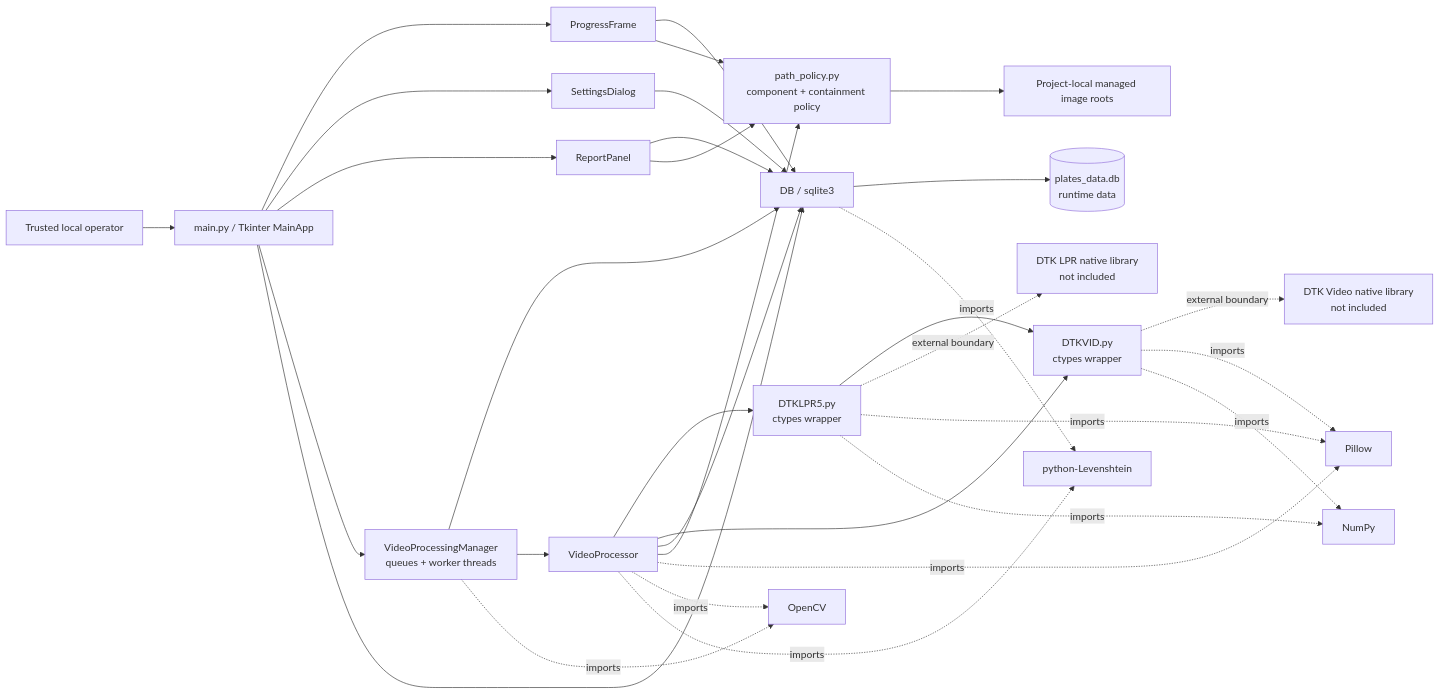
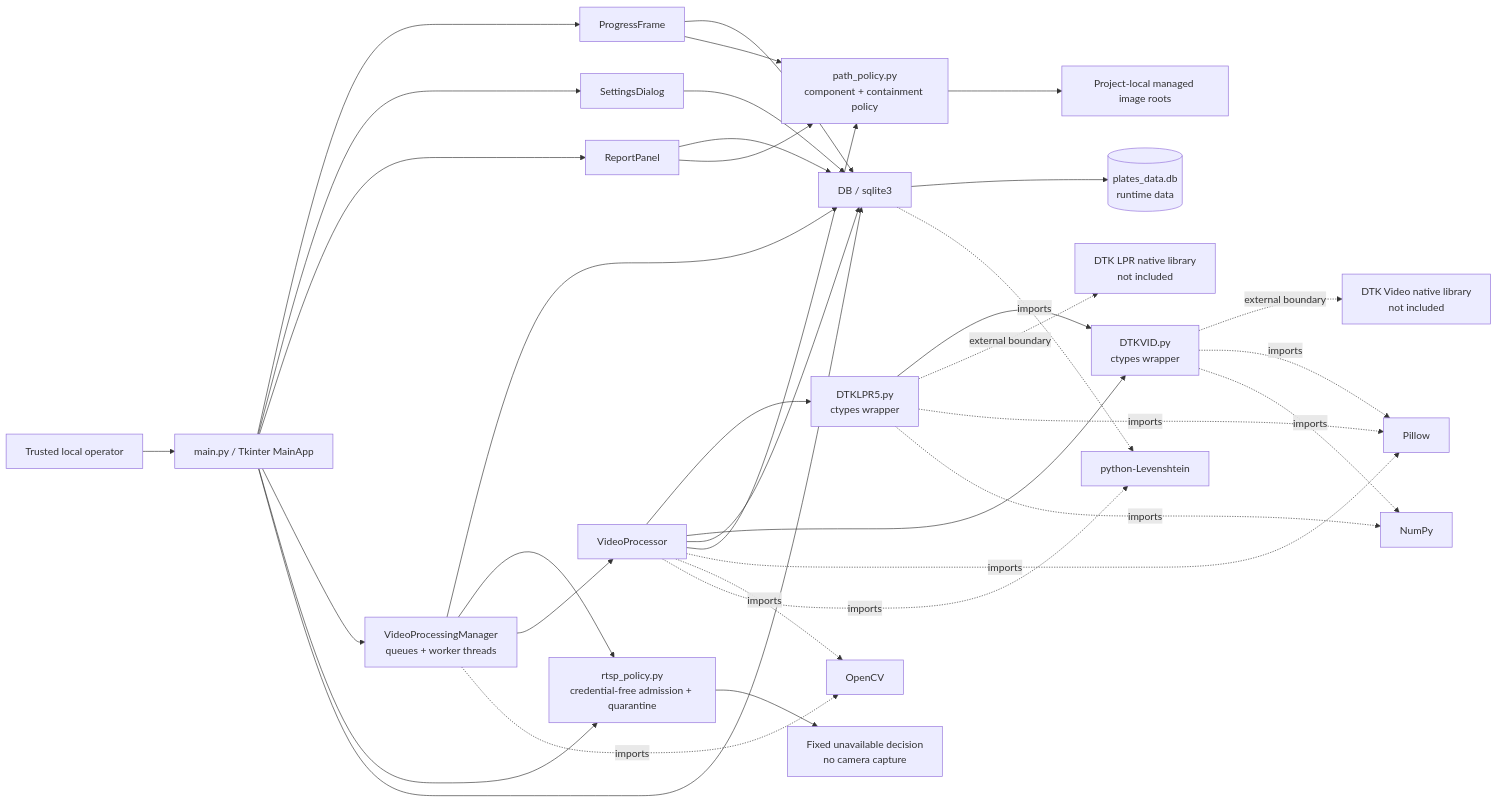
The diagram in README.md (omar07ibrahim/CorporateHub), drawn with Mermaid before and after one commit. The commit also changed other lines of this file and 6 other files, not shown here.

Commit message:
Quarantine unverified RTSP capture

````diff
--- a/README.md
+++ b/README.md
@@ -28,37 +28,40 @@
 ```mermaid
 flowchart LR
     Operator["Trusted local operator"] --> GUI["main.py / Tkinter MainApp"]
     GUI --> Progress["ProgressFrame"]
     GUI --> Settings["SettingsDialog"]
     GUI --> Reports["ReportPanel"]
     GUI --> Manager["VideoProcessingManager<br/>queues + worker threads"]
+    GUI --> RTSPPolicy["rtsp_policy.py<br/>credential-free admission + quarantine"]
     Manager --> DB
+    Manager --> RTSPPolicy
+    RTSPPolicy --> Quarantine["Fixed unavailable decision<br/>no camera capture"]
 
     Manager --> Processor["VideoProcessor"]
     Processor --> LPRWrapper["DTKLPR5.py<br/>ctypes wrapper"]
     Processor --> VIDWrapper["DTKVID.py<br/>ctypes wrapper"]
     LPRWrapper --> VIDWrapper
     LPRWrapper -. "external boundary" .-> NativeLPR["DTK LPR native library<br/>not included"]
     VIDWrapper -. "external boundary" .-> NativeVideo["DTK Video native library<br/>not included"]
 
     GUI --> DB["DB / sqlite3"]
     Progress --> DB
     Settings --> DB
     Reports --> DB
     Processor --> DB
     DB --> SQLite[("plates_data.db<br/>runtime data")]
     Processor --> PathPolicy["path_policy.py<br/>component + containment policy"]
     Progress --> PathPolicy
     Reports --> PathPolicy
     PathPolicy --> Images["Project-local managed image roots"]
 
     Processor -. imports .-> Pillow["Pillow"]
     Processor -. imports .-> OpenCV["OpenCV"]
     Processor -. imports .-> Levenshtein["python-Levenshtein"]
     Manager -. imports .-> OpenCV
     DB -. imports .-> Levenshtein
     LPRWrapper -. imports .-> Pillow
     LPRWrapper -. imports .-> NumPy["NumPy"]
     VIDWrapper -. imports .-> Pillow
     VIDWrapper -. imports .-> NumPy
 ```
````
